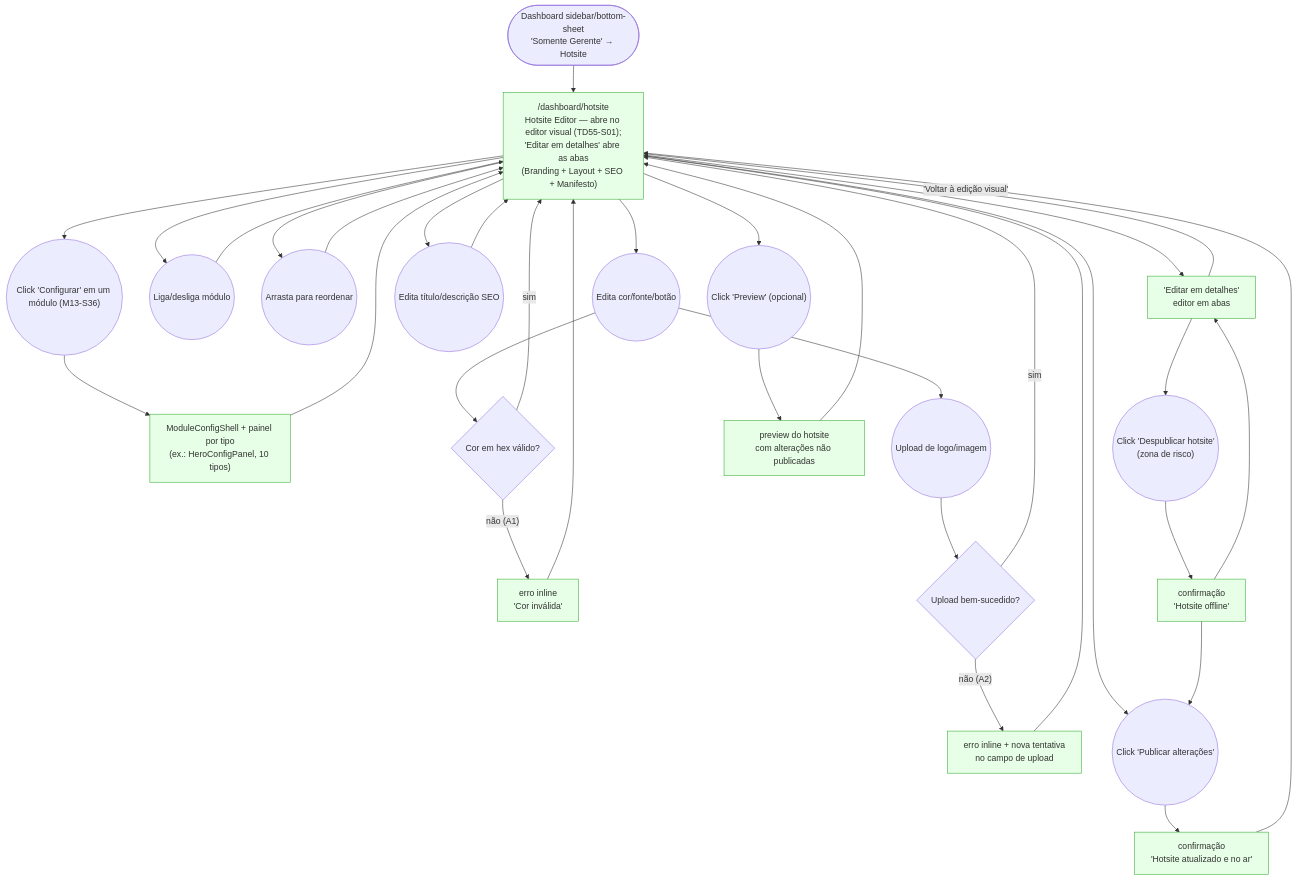
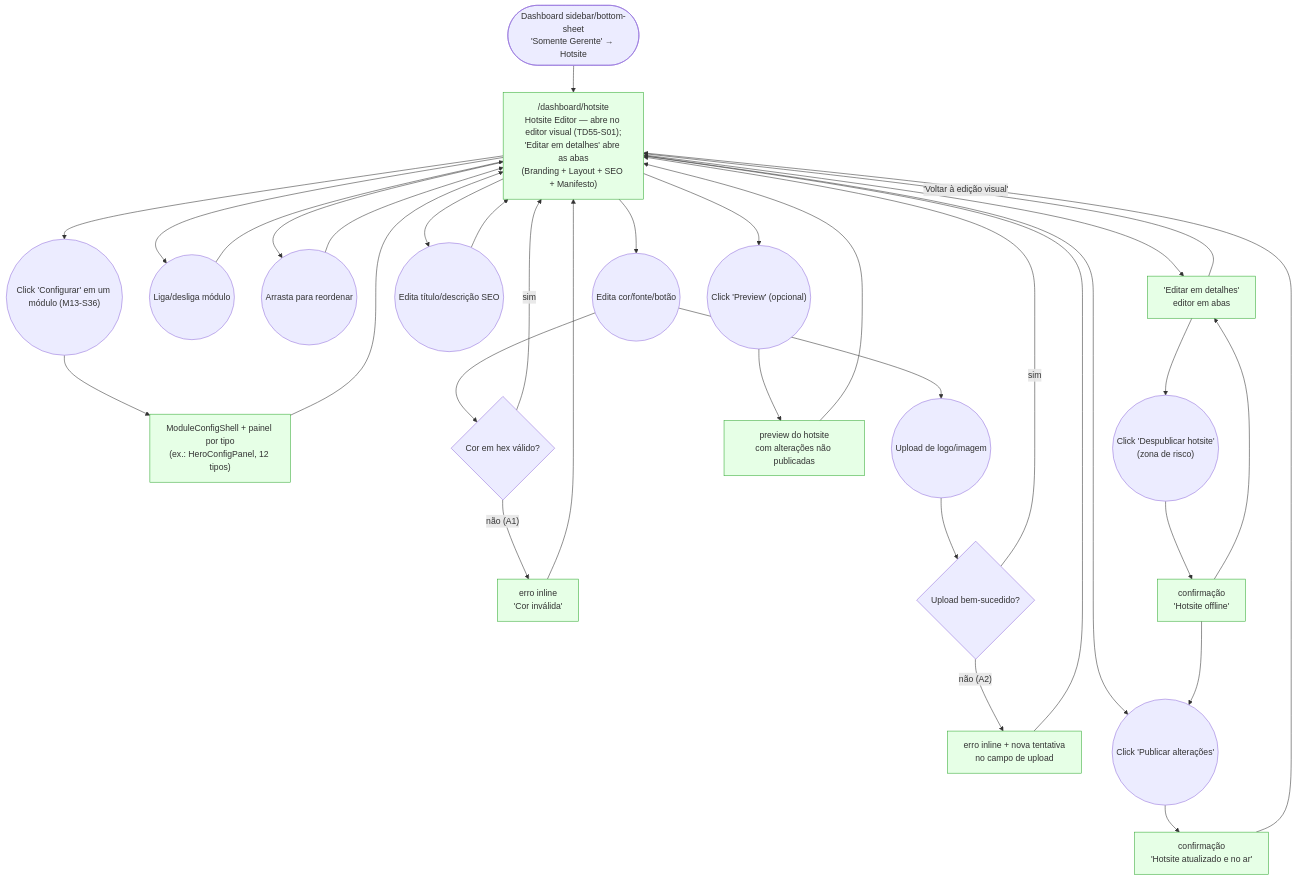
One commit to lmmoreira/ikaro changed the diagram in journeys/manager/hotsite.md. Above: the diagram before and after it, drawn with Mermaid. The commit also changed other lines of this file and 106 other files, not shown here.

````diff
--- a/journeys/manager/hotsite.md
+++ b/journeys/manager/hotsite.md
@@ -10,47 +10,47 @@
 ```mermaid
 flowchart TD
     classDef existing fill:#e6ffe6,stroke:#3a3
     classDef gap stroke:#f00,stroke-dasharray: 5 5,fill:#fee
 
     Start(["Dashboard sidebar/bottom-sheet<br/>'Somente Gerente' → Hotsite"]) --> Editor["/dashboard/hotsite<br/>Hotsite Editor — abre no editor visual (TD55-S01);<br/>'Editar em detalhes' abre as abas<br/>(Branding + Layout + SEO + Manifesto)"]
 
     Editor --> EditBranding(("Edita cor/fonte/botão"))
     Editor --> ToggleModule(("Liga/desliga módulo"))
     Editor --> ReorderModule(("Arrasta para reordenar"))
     Editor --> ConfigModule(("Click 'Configurar' em um módulo (M13-S36)"))
-    ConfigModule --> ModuleConfig["ModuleConfigShell + painel por tipo<br/>(ex.: HeroConfigPanel, 10 tipos)"]
+    ConfigModule --> ModuleConfig["ModuleConfigShell + painel por tipo<br/>(ex.: HeroConfigPanel, 12 tipos)"]
     ModuleConfig --> Editor
     Editor --> EditSeo(("Edita título/descrição SEO"))
 
     EditBranding --> ColorValid{"Cor em hex válido?"}
     ColorValid -- "não (A1)" --> ColorError["erro inline<br/>'Cor inválida'"]
     ColorError --> Editor
     ColorValid -- "sim" --> Editor
 
     EditBranding --> ImageUpload(("Upload de logo/imagem"))
     ImageUpload --> UploadOk{"Upload bem-sucedido?"}
     UploadOk -- "não (A2)" --> UrlFallback["erro inline + nova tentativa<br/>no campo de upload"]
     UrlFallback --> Editor
     UploadOk -- "sim" --> Editor
 
     ToggleModule --> Editor
     ReorderModule --> Editor
     EditSeo --> Editor
 
     Editor --> PreviewBtn(("Click 'Preview' (opcional)"))
     PreviewBtn --> PreviewPane["preview do hotsite<br/>com alterações não publicadas"]
     PreviewPane --> Editor
 
     Editor --> PublishBtn(("Click 'Publicar alterações'"))
     PublishBtn --> PublishSuccess["confirmação<br/>'Hotsite atualizado e no ar'"]
     PublishSuccess --> Editor
 
     Editor --> DetailedEditor["'Editar em detalhes'<br/>editor em abas"]
     DetailedEditor -- "'Voltar à edição visual'" --> Editor
     DetailedEditor --> UnpublishBtn(("Click 'Despublicar hotsite'<br/>(zona de risco)"))
     UnpublishBtn --> UnpublishSuccess["confirmação<br/>'Hotsite offline'"]
     UnpublishSuccess --> PublishBtn
     UnpublishSuccess --> DetailedEditor
 
     class Editor,DetailedEditor,ColorError,UrlFallback,PreviewPane,PublishSuccess,UnpublishSuccess,ModuleConfig existing
 ```
````
